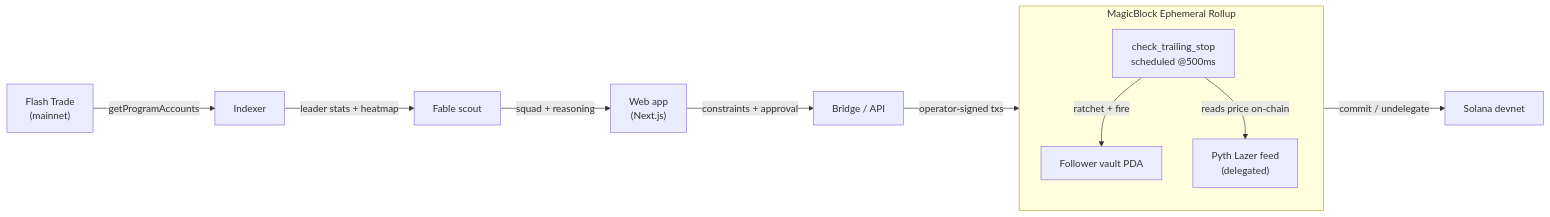
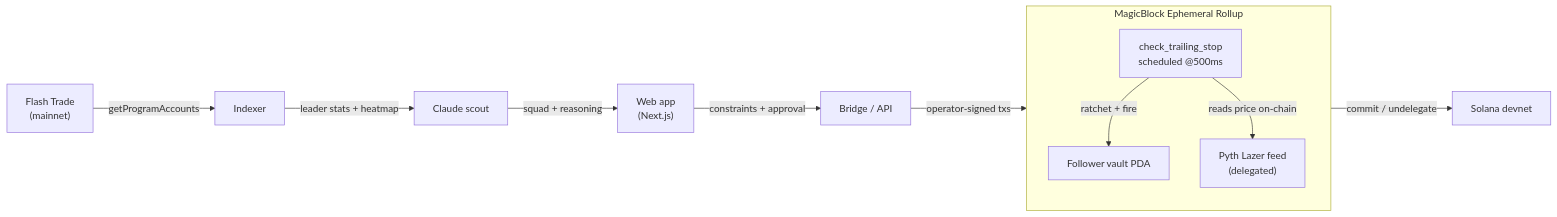
Before and after one commit to KaranSinghBisht/slipstream: the second of 3 diagrams in README.md, drawn with Mermaid. The commit also changed other lines of this file and 20 other files, not shown here.

````diff
--- a/README.md
+++ b/README.md
@@ -58,18 +71,18 @@
 ```mermaid
 flowchart LR
   Flash["Flash Trade<br/>(mainnet)"] -->|getProgramAccounts| IDX[Indexer]
-  IDX -->|leader stats + heatmap| SCOUT["Fable scout"]
+  IDX -->|leader stats + heatmap| SCOUT["Claude scout"]
   SCOUT -->|squad + reasoning| UI["Web app<br/>(Next.js)"]
   UI -->|constraints + approval| API["Bridge / API"]
   API -->|operator-signed txs| ER
 
   subgraph ER["MagicBlock Ephemeral Rollup"]
     VAULT["Follower vault PDA"]
     CRANK["check_trailing_stop<br/>scheduled @500ms"]
     PYTH["Pyth Lazer feed<br/>(delegated)"]
     CRANK -->|reads price on-chain| PYTH
     CRANK -->|ratchet + fire| VAULT
   end
 
   ER -->|commit / undelegate| BASE["Solana devnet"]
 ```
````
